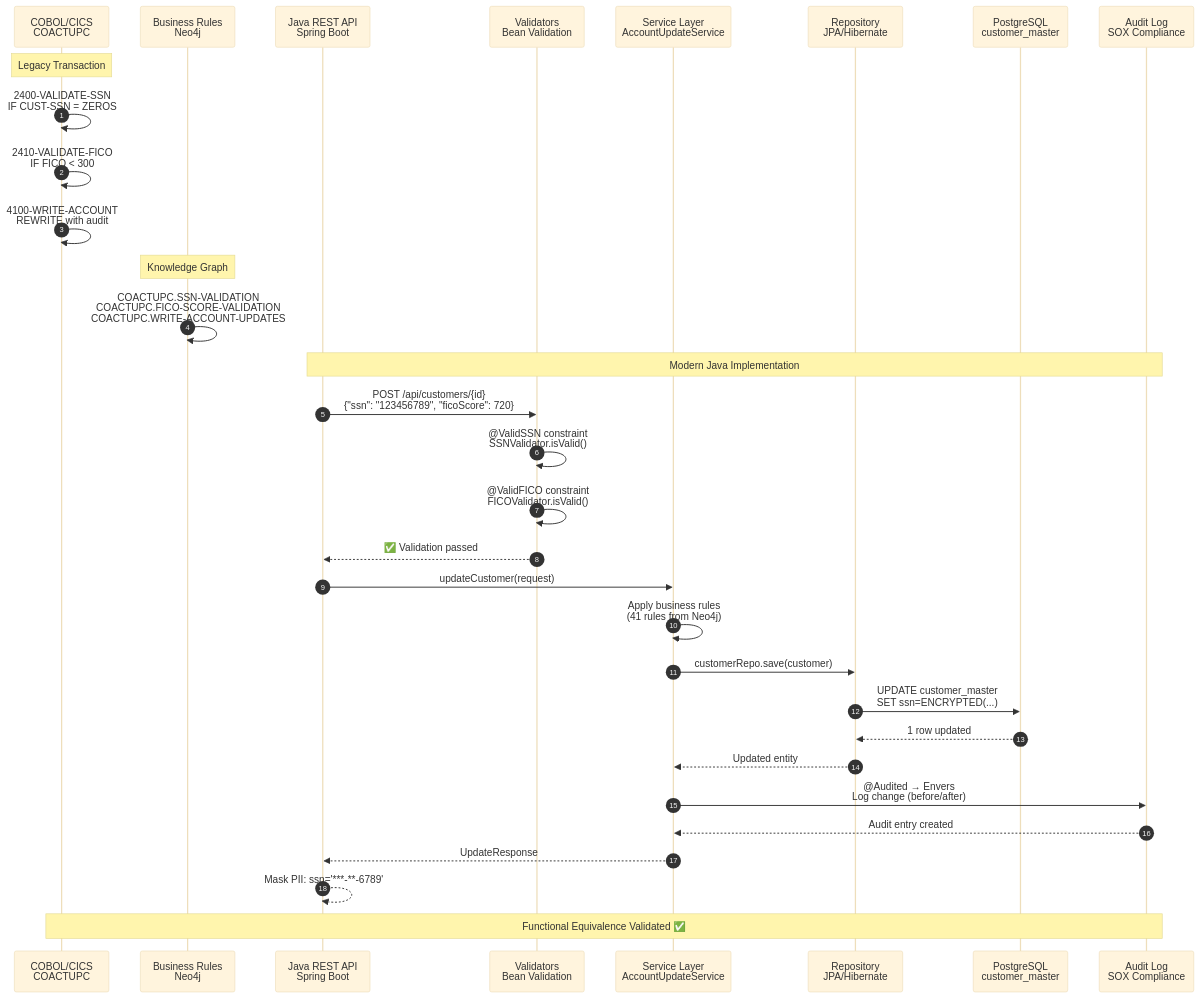
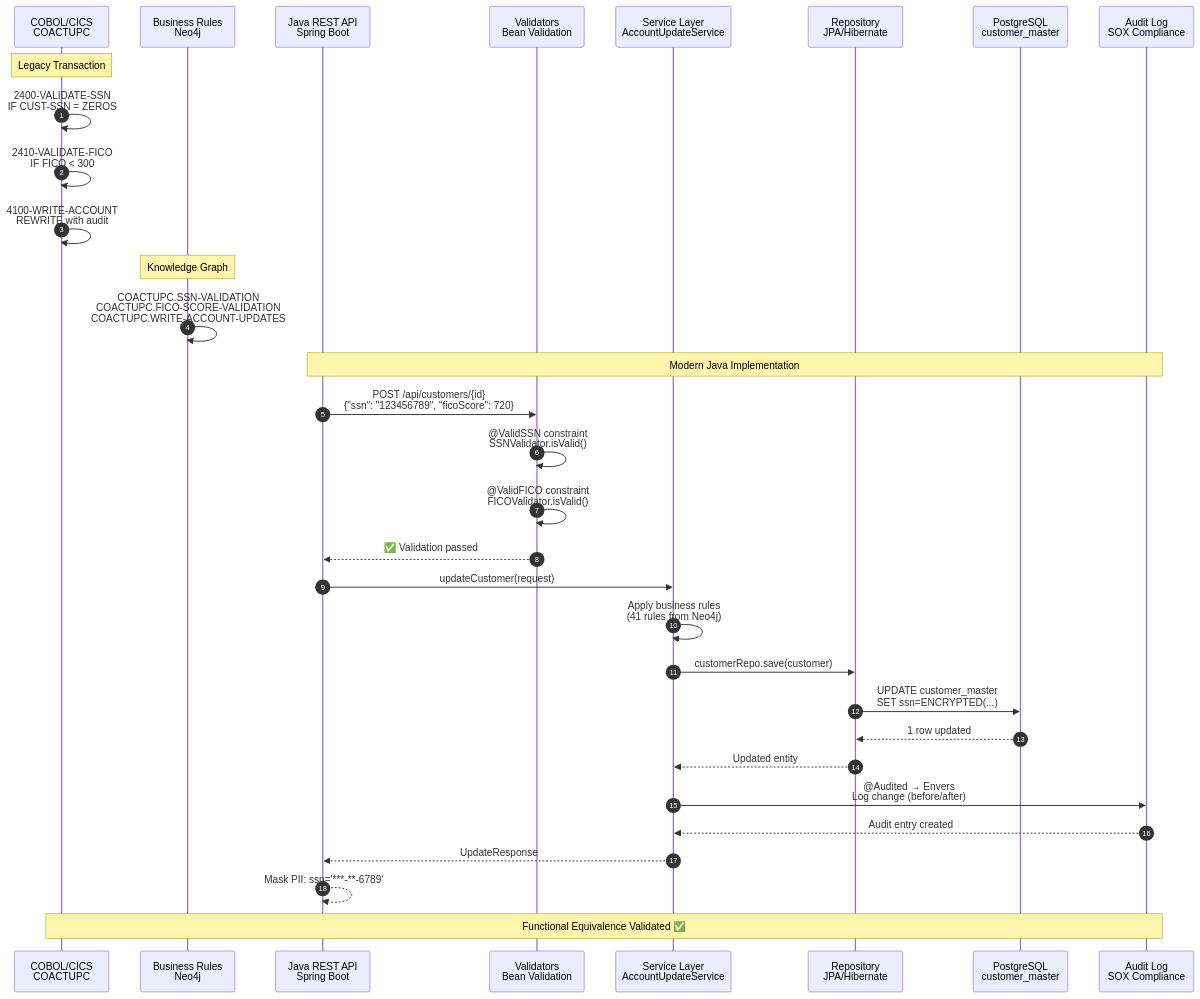
The seventh of 7 diagrams in docs/diagrams/BUSINESS-RULE-TRACEABILITY-DIAGRAM.md (vin082/LegacyCobolInsightsusingCustomAgents), drawn with Mermaid before and after one commit. The commit also changed other lines of this file, not shown here.

Commit message:
Fix Mermaid syntax errors in traceability diagrams - properly quote all labels and subgraphs for GitHub rendering

````diff
--- a/docs/diagrams/BUSINESS-RULE-TRACEABILITY-DIAGRAM.md
+++ b/docs/diagrams/BUSINESS-RULE-TRACEABILITY-DIAGRAM.md
@@ -504,43 +488,42 @@
 ```mermaid
-%%{init: {'theme':'base', 'themeVariables': { 'fontSize':'12px'}}}%%
 sequenceDiagram
     autonumber
     
     participant CICS as COBOL/CICS<br/>COACTUPC
     participant BR as Business Rules<br/>Neo4j
     participant API as Java REST API<br/>Spring Boot
     participant VAL as Validators<br/>Bean Validation
     participant SVC as Service Layer<br/>AccountUpdateService
     participant REPO as Repository<br/>JPA/Hibernate
     participant DB as PostgreSQL<br/>customer_master
     participant LOG as Audit Log<br/>SOX Compliance
     
     Note over CICS: Legacy Transaction
     CICS->>CICS: 2400-VALIDATE-SSN<br/>IF CUST-SSN = ZEROS
     CICS->>CICS: 2410-VALIDATE-FICO<br/>IF FICO < 300
     CICS->>CICS: 4100-WRITE-ACCOUNT<br/>REWRITE with audit
     
     Note over BR: Knowledge Graph
     BR->>BR: COACTUPC.SSN-VALIDATION<br/>COACTUPC.FICO-SCORE-VALIDATION<br/>COACTUPC.WRITE-ACCOUNT-UPDATES
     
     Note over API,LOG: Modern Java Implementation
     API->>VAL: POST /api/customers/{id}<br/>{"ssn": "123456789", "ficoScore": 720}
     VAL->>VAL: @ValidSSN constraint<br/>SSNValidator.isValid()
     VAL->>VAL: @ValidFICO constraint<br/>FICOValidator.isValid()
     VAL-->>API: ✅ Validation passed
     
     API->>SVC: updateCustomer(request)
     SVC->>SVC: Apply business rules<br/>(41 rules from Neo4j)
     SVC->>REPO: customerRepo.save(customer)
     REPO->>DB: UPDATE customer_master<br/>SET ssn=ENCRYPTED(...)
     DB-->>REPO: 1 row updated
     REPO-->>SVC: Updated entity
     
     SVC->>LOG: @Audited → Envers<br/>Log change (before/after)
     LOG-->>SVC: Audit entry created
     
     SVC-->>API: UpdateResponse
     API-->>API: Mask PII: ssn='***-**-6789'
     
     Note over CICS,LOG: Functional Equivalence Validated ✅
 ```
````
